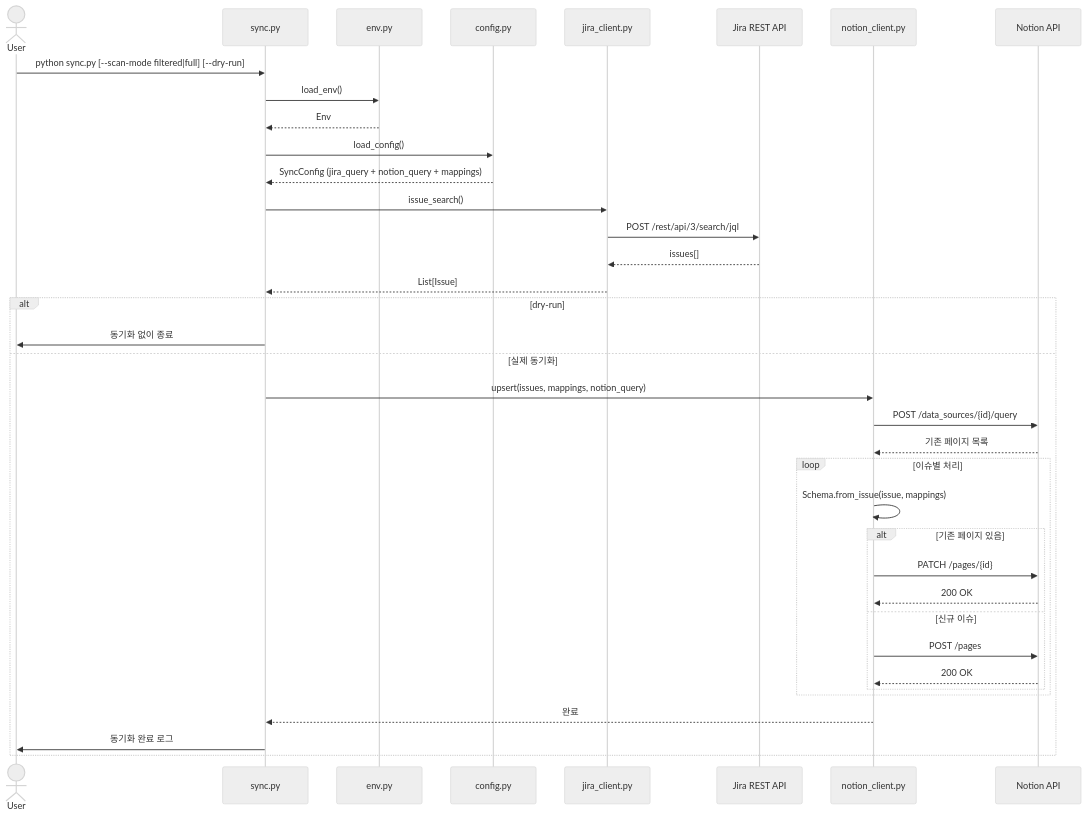
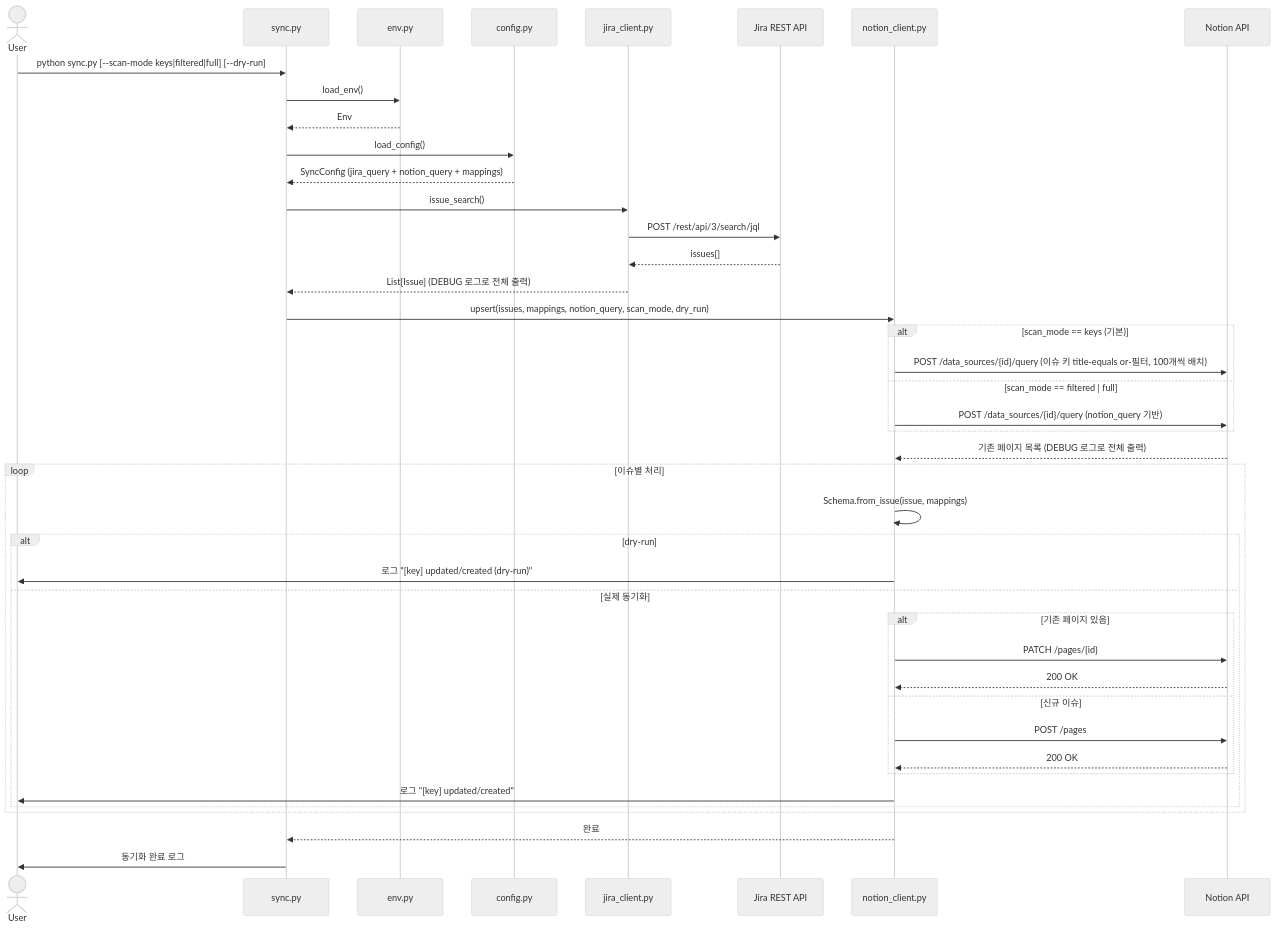
One commit to Whale-Park18/jira-sync changed the diagram in README.md. Above: the diagram before and after it, drawn with Mermaid (neutral theme). The commit also changed other lines of this file and 4 other files, not shown here.

First line of the commit message:
feat: scan-mode keys 추가(기본값) 및 동기화 로그 개편

````diff
--- a/README.md
+++ b/README.md
@@ -55,45 +55,51 @@
 ```mermaid
 sequenceDiagram
     actor User
     participant sync as sync.py
     participant env as env.py
     participant config as config.py
     participant jira as jira_client.py
     participant JiraAPI as Jira REST API
     participant notion as notion_client.py
     participant NotionAPI as Notion API
 
-    User->>sync: python sync.py [--scan-mode filtered|full] [--dry-run]
+    User->>sync: python sync.py [--scan-mode keys|filtered|full] [--dry-run]
     sync->>env: load_env()
     env-->>sync: Env
     sync->>config: load_config()
     config-->>sync: SyncConfig (jira_query + notion_query + mappings)
 
     sync->>jira: issue_search()
     jira->>JiraAPI: POST /rest/api/3/search/jql
     JiraAPI-->>jira: issues[]
-    jira-->>sync: List[Issue]
+    jira-->>sync: List[Issue] (DEBUG 로그로 전체 출력)
 
-    alt dry-run
-        sync->>User: 동기화 없이 종료
-    else 실제 동기화
-        sync->>notion: upsert(issues, mappings, notion_query)
-        notion->>NotionAPI: POST /data_sources/{id}/query
-        NotionAPI-->>notion: 기존 페이지 목록
+    sync->>notion: upsert(issues, mappings, notion_query, scan_mode, dry_run)
 
-        loop 이슈별 처리
-            notion->>notion: Schema.from_issue(issue, mappings)
+    alt scan_mode == keys (기본)
+        notion->>NotionAPI: POST /data_sources/{id}/query (이슈 키 title-equals or-필터, 100개씩 배치)
+    else scan_mode == filtered | full
+        notion->>NotionAPI: POST /data_sources/{id}/query (notion_query 기반)
+    end
+    NotionAPI-->>notion: 기존 페이지 목록 (DEBUG 로그로 전체 출력)
 
+    loop 이슈별 처리
+        notion->>notion: Schema.from_issue(issue, mappings)
+
+        alt dry-run
+            notion->>User: 로그 "[key] updated/created (dry-run)"
+        else 실제 동기화
             alt 기존 페이지 있음
                 notion->>NotionAPI: PATCH /pages/{id}
                 NotionAPI-->>notion: 200 OK
             else 신규 이슈
                 notion->>NotionAPI: POST /pages
                 NotionAPI-->>notion: 200 OK
             end
+            notion->>User: 로그 "[key] updated/created"
         end
+    end
 
-        notion-->>sync: 완료
-        sync->>User: 동기화 완료 로그
-    end
+    notion-->>sync: 완료
+    sync->>User: 동기화 완료 로그
 ```
````
